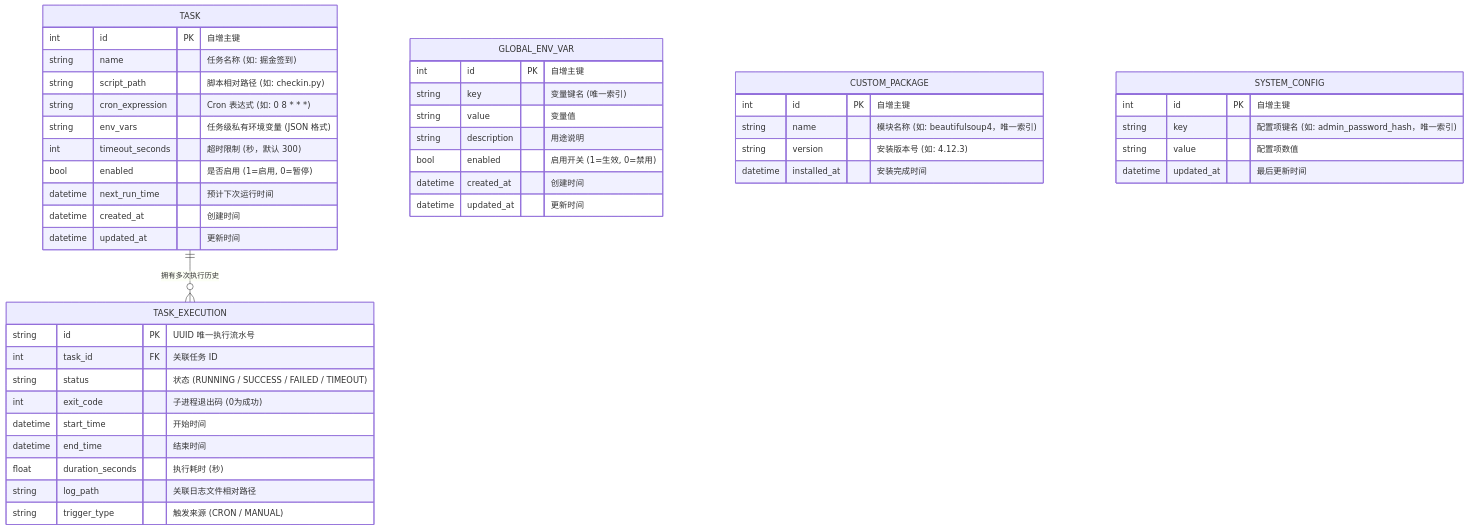
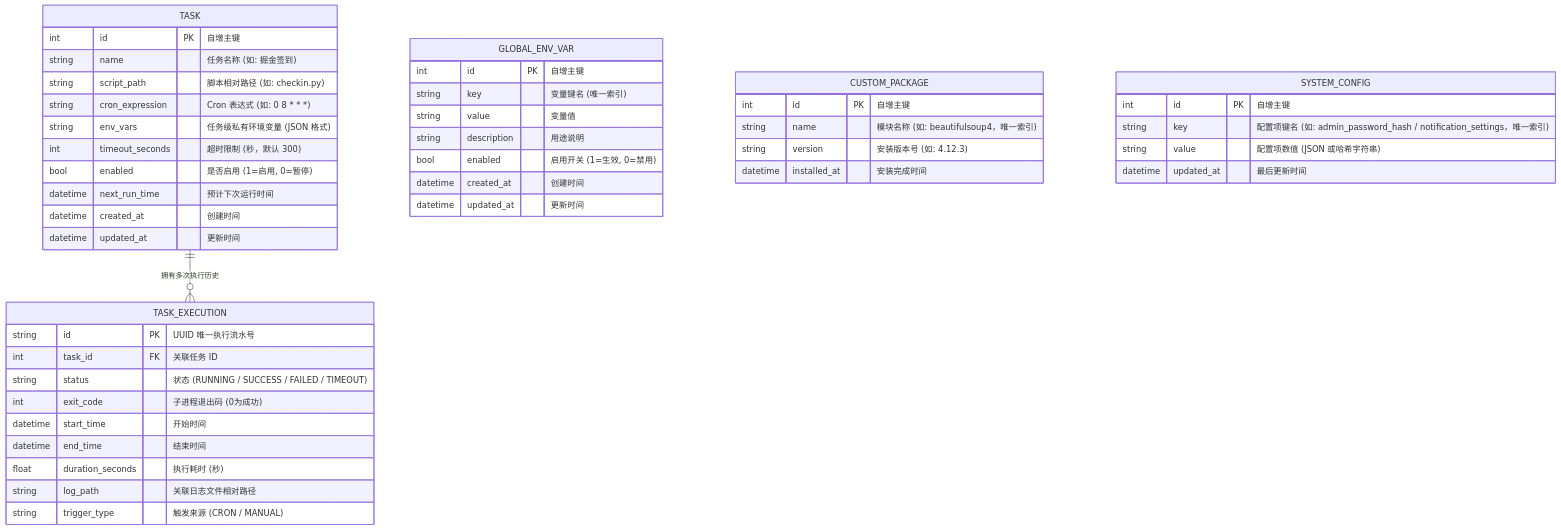
The fourth of 4 diagrams in docs/ARCHITECTURE.md (ddmasato1/MiniCron), drawn with Mermaid before and after one commit. The commit also changed other lines of this file and 12 other files, not shown here.

````diff
--- a/docs/ARCHITECTURE.md
+++ b/docs/ARCHITECTURE.md
@@ -204,53 +243,53 @@
 ```mermaid
 erDiagram
     TASK ||--o{ TASK_EXECUTION : "拥有多次执行历史"
     
     TASK {
         int id PK "自增主键"
         string name "任务名称 (如: 掘金签到)"
         string script_path "脚本相对路径 (如: checkin.py)"
         string cron_expression "Cron 表达式 (如: 0 8 * * *)"
         string env_vars "任务级私有环境变量 (JSON 格式)"
         int timeout_seconds "超时限制 (秒，默认 300)"
         bool enabled "是否启用 (1=启用, 0=暂停)"
         datetime next_run_time "预计下次运行时间"
         datetime created_at "创建时间"
         datetime updated_at "更新时间"
     }
 
     TASK_EXECUTION {
         string id PK "UUID 唯一执行流水号"
         int task_id FK "关联任务 ID"
         string status "状态 (RUNNING / SUCCESS / FAILED / TIMEOUT)"
         int exit_code "子进程退出码 (0为成功)"
         datetime start_time "开始时间"
         datetime end_time "结束时间"
         float duration_seconds "执行耗时 (秒)"
         string log_path "关联日志文件相对路径"
         string trigger_type "触发来源 (CRON / MANUAL)"
     }
 
     GLOBAL_ENV_VAR {
         int id PK "自增主键"
         string key "变量键名 (唯一索引)"
         string value "变量值"
         string description "用途说明"
         bool enabled "启用开关 (1=生效, 0=禁用)"
         datetime created_at "创建时间"
         datetime updated_at "更新时间"
     }
 
     CUSTOM_PACKAGE {
         int id PK "自增主键"
         string name "模块名称 (如: beautifulsoup4，唯一索引)"
         string version "安装版本号 (如: 4.12.3)"
         datetime installed_at "安装完成时间"
     }
 
     SYSTEM_CONFIG {
         int id PK "自增主键"
-        string key "配置项键名 (如: admin_password_hash，唯一索引)"
-        string value "配置项数值"
+        string key "配置项键名 (如: admin_password_hash / notification_settings，唯一索引)"
+        string value "配置项数值 (JSON 或哈希字符串)"
         datetime updated_at "最后更新时间"
     }
 ```
````
